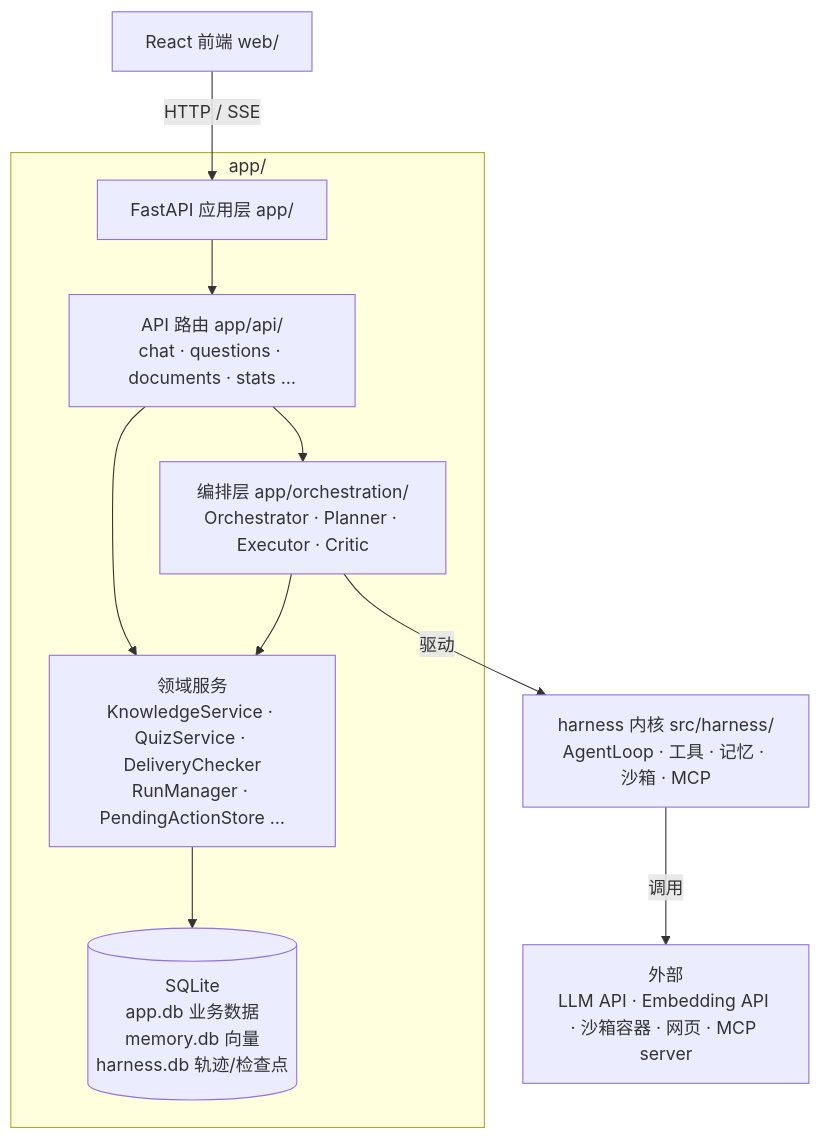
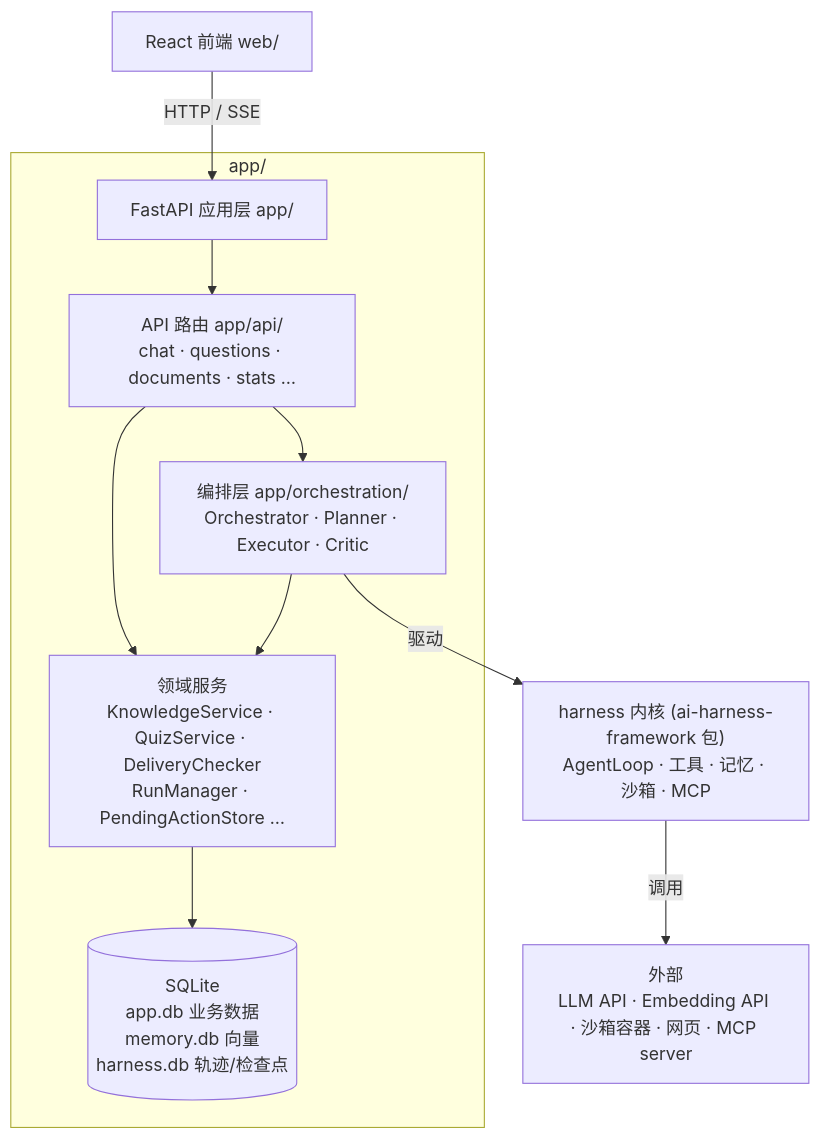
Before and after one commit to sumengnan/ai-learning-helper: the first of 3 diagrams in docs/architecture-app.md, drawn with Mermaid. The commit also changed other lines of this file and 6 other files, not shown here.

````diff
--- a/docs/architecture-app.md
+++ b/docs/architecture-app.md
@@ -16,13 +18,13 @@
 ```mermaid
 flowchart TD
     UI["React 前端 web/"] -->|HTTP / SSE| API["FastAPI 应用层 app/"]
     subgraph APP["app/"]
       API --> R["API 路由 app/api/<br/>chat · questions · documents · stats …"]
       R --> ORCH["编排层 app/orchestration/<br/>Orchestrator · Planner · Executor · Critic"]
       R --> SVC["领域服务<br/>KnowledgeService · QuizService · DeliveryChecker<br/>RunManager · PendingActionStore …"]
       SVC --> DB[("SQLite<br/>app.db 业务数据<br/>memory.db 向量<br/>harness.db 轨迹/检查点")]
       ORCH --> SVC
     end
-    ORCH -->|驱动| H["harness 内核 src/harness/<br/>AgentLoop · 工具 · 记忆 · 沙箱 · MCP"]
+    ORCH -->|驱动| H["harness 内核 (ai-harness-framework 包)<br/>AgentLoop · 工具 · 记忆 · 沙箱 · MCP"]
     H -->|调用| EXT["外部<br/>LLM API · Embedding API · 沙箱容器 · 网页 · MCP server"]
 ```
````
